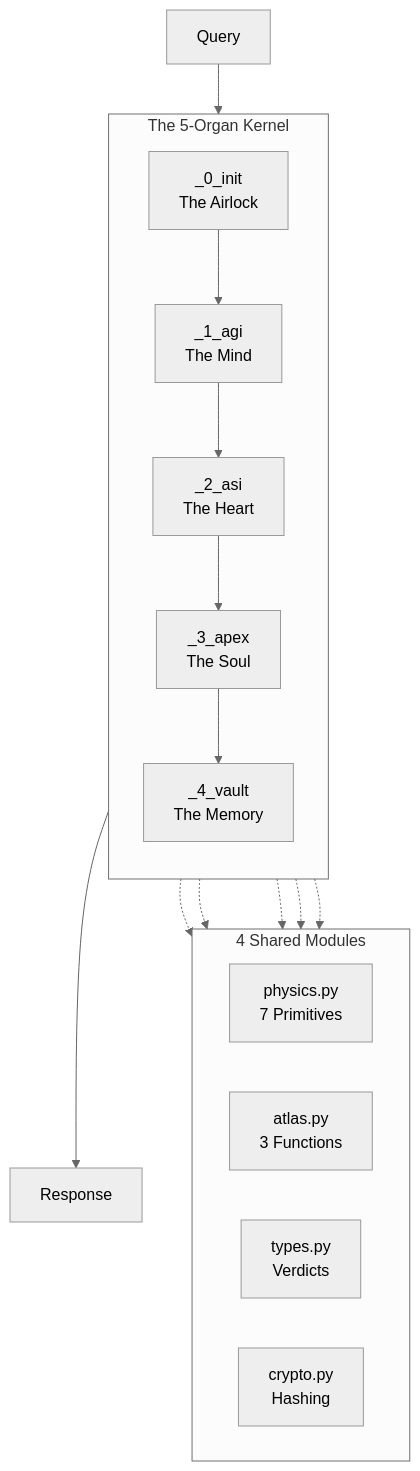
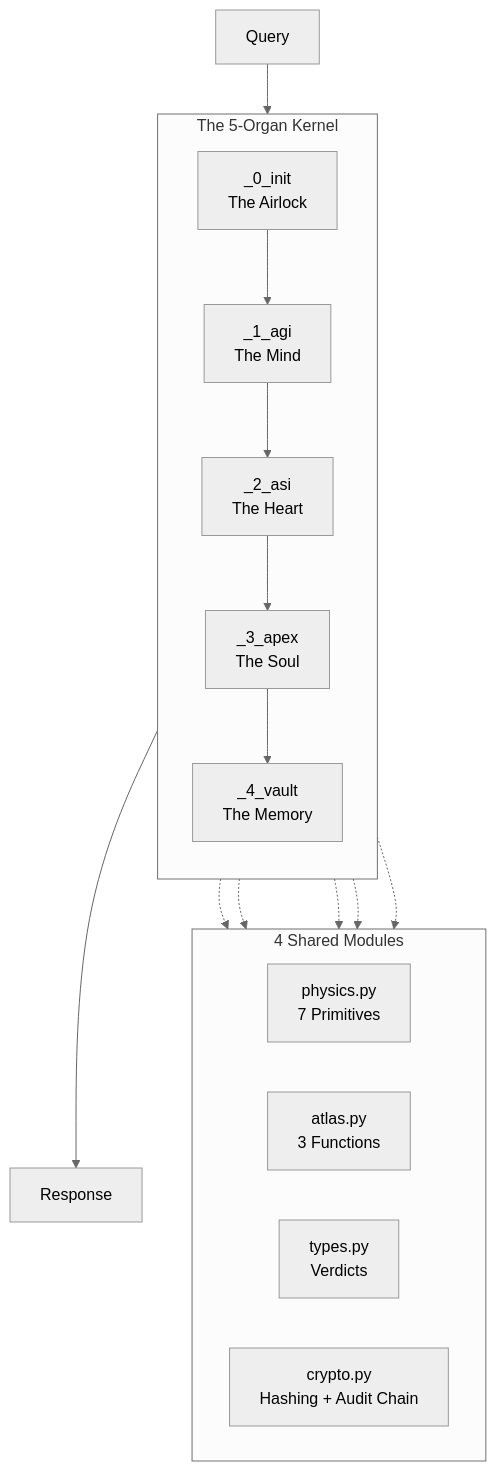
The fourth of 6 diagrams in README.md (ariffazil/arifos), drawn with Mermaid (neutral theme) before and after one commit. The commit also changed other lines of this file and 17 other files, not shown here.

First line of the commit message:
refactor(v55.5): Complete v55.5-HARDENED migration from v60.0-FORGE architecture

````diff
--- a/README.md
+++ b/README.md
@@ -687,25 +796,25 @@
 ```mermaid
 flowchart TB
     subgraph Organs["The 5-Organ Kernel"]
         direction TB
         O0[_0_init<br/>The Airlock]
         O1[_1_agi<br/>The Mind]
         O2[_2_asi<br/>The Heart]
         O3[_3_apex<br/>The Soul]
         O4[_4_vault<br/>The Memory]
     end
     
     subgraph Shared["4 Shared Modules"]
         S1[physics.py<br/>7 Primitives]
         S2[atlas.py<br/>3 Functions]
         S3[types.py<br/>Verdicts]
-        S4[crypto.py<br/>Hashing]
+        S4[crypto.py<br/>Hashing + Audit Chain]
     end
     
     Query --> O0 --> O1 --> O2 --> O3 --> O4 --> Response
     O0 -.-> Shared
     O1 -.-> Shared
     O2 -.-> Shared
     O3 -.-> Shared
     O4 -.-> Shared
 ```
````
